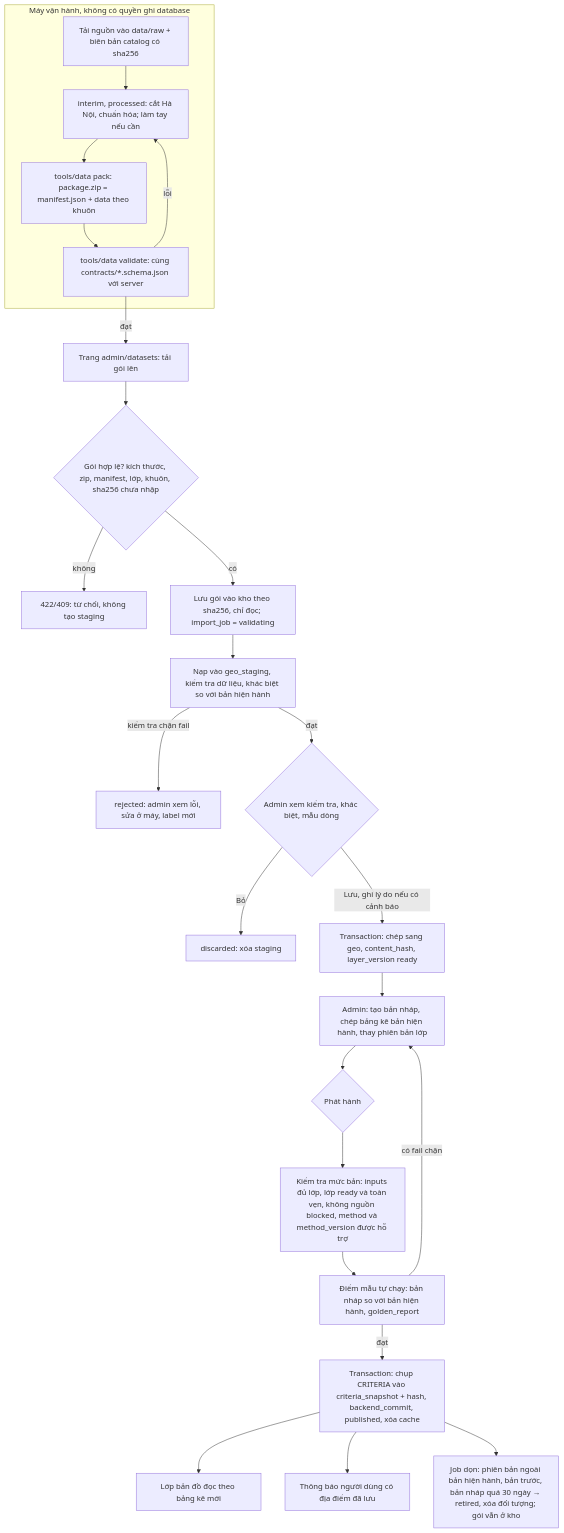
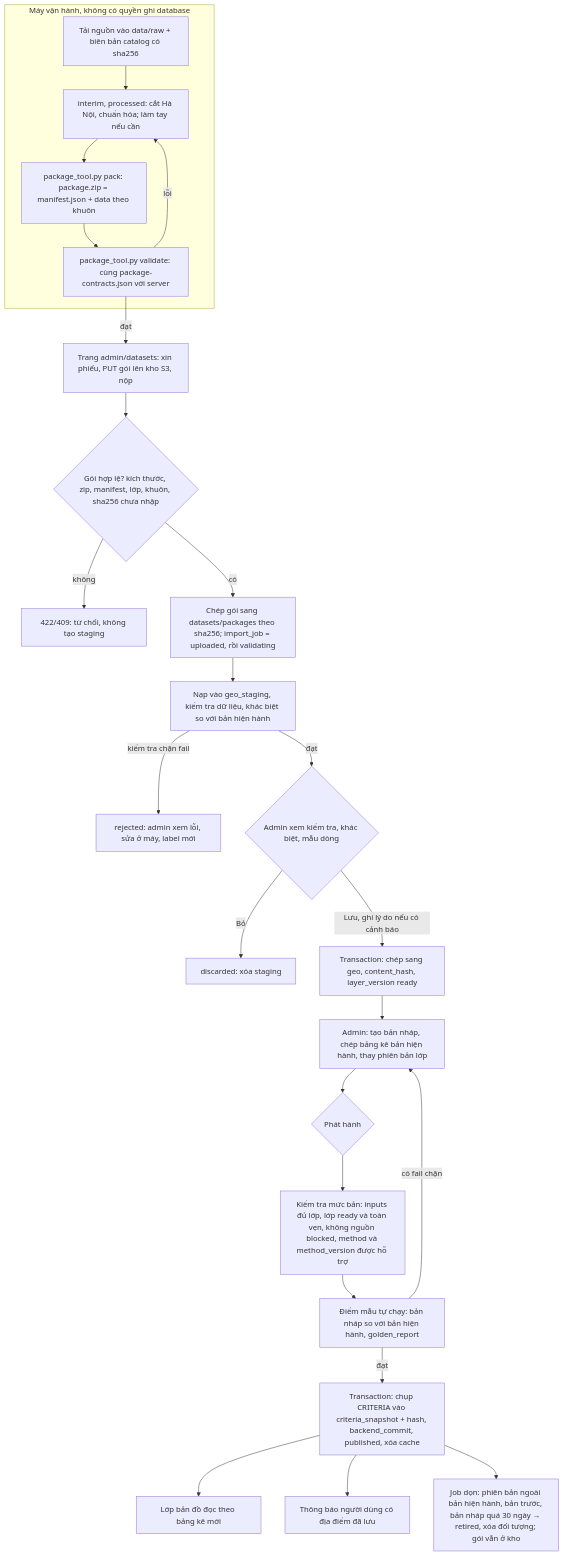
The diagram in workspace/features/018-location-data/diagrams/flow-data-release.mmd (LoDtus/location-insight), drawn with Mermaid before and after one commit. The commit also changed 57 other files, not shown here.

First line of the commit message:
feat(datasets): đường nhập dữ liệu nền qua gói chuẩn tại /admin/datasets, phiên bản lớp và bản phát hành (018-location-data GĐ1)

```diff
--- a/workspace/features/018-location-data/diagrams/flow-data-release.mmd
+++ b/workspace/features/018-location-data/diagrams/flow-data-release.mmd
@@ -1,26 +1,26 @@
 %% Từ nguồn mới tới bản phát hành hiện hành (GĐ1–2). Một đường ghi duy nhất: research.md Bản ghi 12.
 flowchart TD
   subgraph May["Máy vận hành, không có quyền ghi database"]
     A[Tải nguồn vào data/raw + biên bản catalog có sha256] --> B[interim, processed: cắt Hà Nội, chuẩn hóa; làm tay nếu cần]
-    B --> C[tools/data pack: package.zip = manifest.json + data theo khuôn]
-    C --> C2[tools/data validate: cùng contracts/*.schema.json với server]
+    B --> C[package_tool.py pack: package.zip = manifest.json + data theo khuôn]
+    C --> C2[package_tool.py validate: cùng package-contracts.json với server]
     C2 -->|lỗi| B
   end
-  C2 -->|đạt| D["Trang admin/datasets: tải gói lên"]
+  C2 -->|đạt| D["Trang admin/datasets: xin phiếu, PUT gói lên kho S3, nộp"]
   D --> E{Gói hợp lệ? kích thước, zip, manifest, lớp, khuôn, sha256 chưa nhập}
   E -->|không| X1[422/409: từ chối, không tạo staging]
-  E -->|có| F[Lưu gói vào kho theo sha256, chỉ đọc; import_job = validating]
+  E -->|có| F[Chép gói sang datasets/packages theo sha256; import_job = uploaded, rồi validating]
   F --> G[Nạp vào geo_staging, kiểm tra dữ liệu, khác biệt so với bản hiện hành]
   G -->|kiểm tra chặn fail| X2[rejected: admin xem lỗi, sửa ở máy, label mới]
   G -->|đạt| H{Admin xem kiểm tra, khác biệt, mẫu dòng}
   H -->|Bỏ| Z1[discarded: xóa staging]
   H -->|Lưu, ghi lý do nếu có cảnh báo| I[Transaction: chép sang geo, content_hash, layer_version ready]
   I --> J[Admin: tạo bản nháp, chép bảng kê bản hiện hành, thay phiên bản lớp]
   J --> K{Phát hành}
   K --> L[Kiểm tra mức bản: inputs đủ lớp, lớp ready và toàn vẹn, không nguồn blocked, method và method_version được hỗ trợ]
   L --> M[Điểm mẫu tự chạy: bản nháp so với bản hiện hành, golden_report]
   M -->|có fail chặn| J
   M -->|đạt| N[Transaction: chụp CRITERIA vào criteria_snapshot + hash, backend_commit, published, xóa cache]
   N --> O[Lớp bản đồ đọc theo bảng kê mới]
   N --> P[Thông báo người dùng có địa điểm đã lưu]
   N --> Q[Job dọn: phiên bản ngoài bản hiện hành, bản trước, bản nháp quá 30 ngày → retired, xóa đối tượng; gói vẫn ở kho]
```
